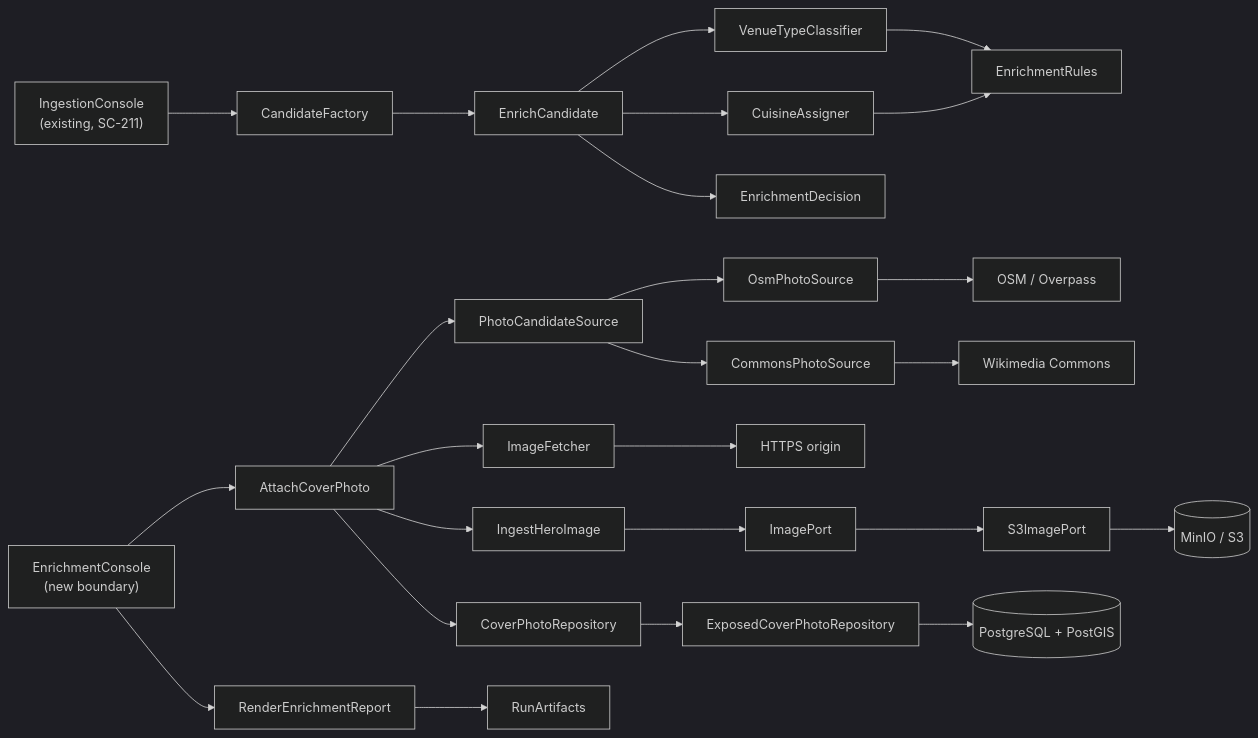
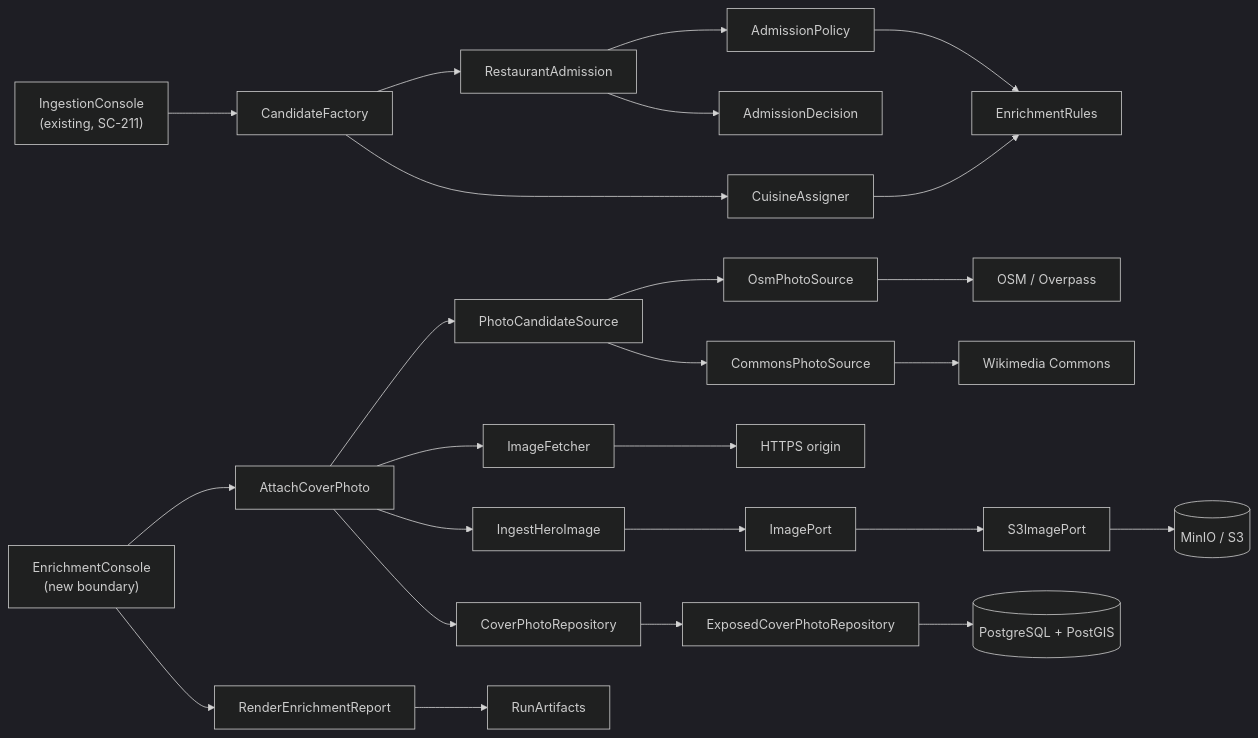
One commit to Losers-Lab/tahirs-list changed the first of 4 diagrams in docs/features/SC-231/05-class-diagram-system.md. Above: the diagram before and after it, drawn with Mermaid (dark theme). The commit also changed other lines of this file and 13 other files, not shown here.

````diff
--- a/docs/features/SC-231/05-class-diagram-system.md
+++ b/docs/features/SC-231/05-class-diagram-system.md
@@ -7,30 +7,30 @@
 ```mermaid
 flowchart LR
   B1["IngestionConsole<br/>(existing, SC-211)"] --> C0[CandidateFactory]
-  C0 --> C1[EnrichCandidate]
-  C1 --> C11[VenueTypeClassifier]
-  C1 --> C12[CuisineAssigner]
+  C0 --> C1[RestaurantAdmission]
+  C1 --> C11[AdmissionPolicy]
   C11 --> R1[EnrichmentRules]
-  C12 --> R1
+  C0 --> C2[CuisineAssigner]
+  C2 --> R1
 
   B2["EnrichmentConsole<br/>(new boundary)"] --> C3[AttachCoverPhoto]
   B2 --> C4[RenderEnrichmentReport]
 
   C3 --> P1[PhotoCandidateSource]
   C3 --> P2[ImageFetcher]
   C3 --> C5[IngestHeroImage]
   C3 --> P3[CoverPhotoRepository]
   C5 --> P4[ImagePort]
   C4 --> P5[RunArtifacts]
 
-  C1 --> D1[EnrichmentDecision]
+  C1 --> D1[AdmissionDecision]
   P1 --> A1[OsmPhotoSource]
   P1 --> A2[CommonsPhotoSource]
   A1 --> X1["OSM / Overpass"]
   A2 --> X2["Wikimedia Commons"]
   P3 --> A3[ExposedCoverPhotoRepository]
   P2 --> X3["HTTPS origin"]
   P4 --> A4[S3ImagePort]
   A3 --> DB[("PostgreSQL + PostGIS")]
   A4 --> OBJ[("MinIO / S3")]
 ```
````
